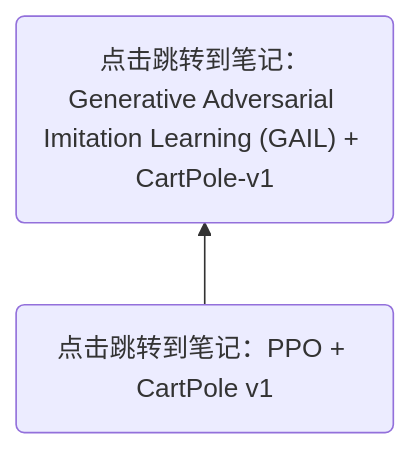
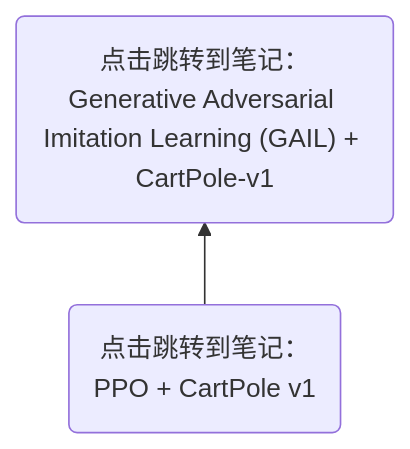
The diagram in 笔记封存/test.md (Gaoshu-root/Code-related-courses), drawn with Mermaid before and after one commit.

Commit message:
Update links in mermaid diagram for clarity

````diff
--- a/笔记封存/test.md
+++ b/笔记封存/test.md
@@ -2,7 +2,7 @@
 ```mermaid
 graph BT
-    P1("点击跳转到笔记：PPO + CartPole v1") --> P2("点击跳转到笔记：Generative Adversarial Imitation Learning (GAIL) + CartPole-v1")
+    P1("点击跳转到笔记：<br>PPO + CartPole v1") --> P2("点击跳转到笔记：<br>Generative Adversarial Imitation Learning (GAIL) + CartPole-v1")
     click P1 "https://github.com/Gaoshu-root/Code-related-courses/blob/main/RL2024/PPO_%2B_CartPole_v1_.ipynb"
     click P2 "https://github.com/Gaoshu-root/Code-related-courses/blob/main/RL2024/Generative%20Adversarial%20Imitation%20Learning(GAIL)/Generative%20Adversarial%20Imitation%20Learning%20(GAIL)%20%2B%20CartPole-v1%20.ipynb"
 
 ```
````
